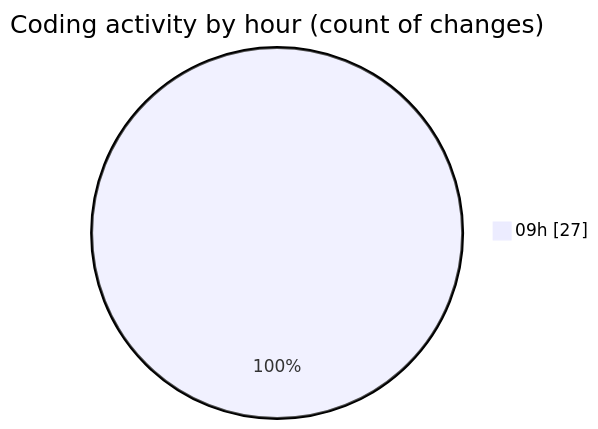
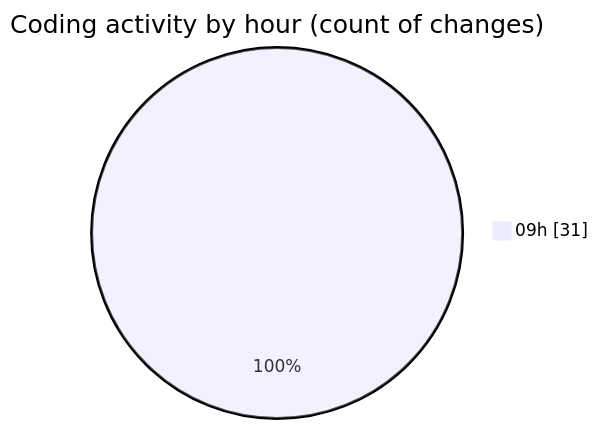
One commit to momahboobian/code-tracking changed the second of 2 diagrams in 2025-11-14/cda/README.md. Above: the diagram before and after it, drawn with Mermaid. The commit also changed other lines of this file and 1 other file, not shown here.

````diff
--- a/2025-11-14/cda/README.md
+++ b/2025-11-14/cda/README.md
@@ -44,5 +46,5 @@
 ```mermaid
 pie showData
 title Coding activity by hour (count of changes)
-"09h" : 27
+"09h" : 31
 ```
````
